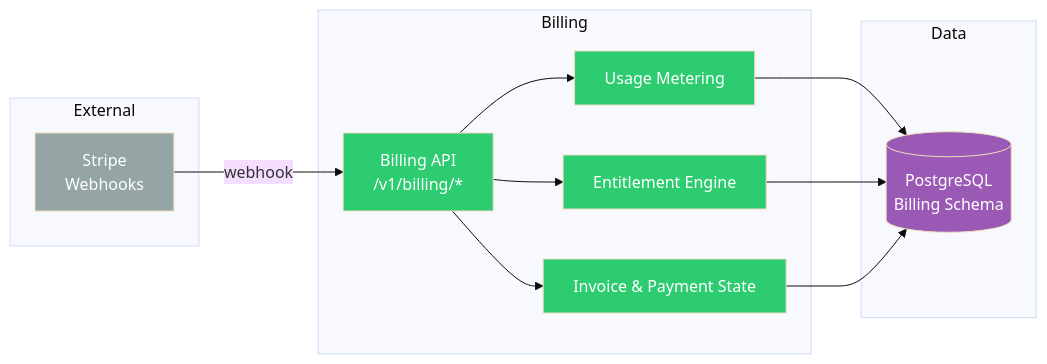
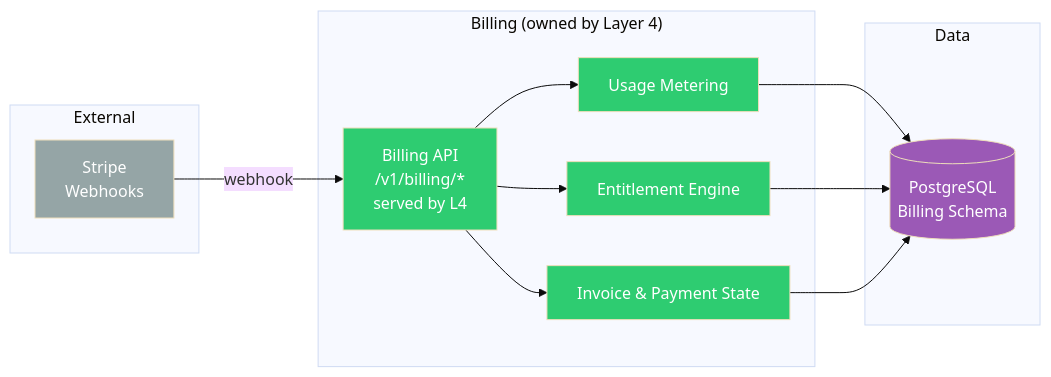
The eighth of 11 diagrams in docs/core-concepts/architecture.md (Valynt/Fabric_4L), drawn with Mermaid (base theme) before and after one commit. The commit also changed other lines of this file and 125 other files, not shown here.

First line of the commit message:
﻿fix: de-duplicate billing domain to a single owner (Layer 4)

````diff
--- a/docs/core-concepts/architecture.md
+++ b/docs/core-concepts/architecture.md
@@ -397,32 +400,32 @@
 ```mermaid
 flowchart LR
     subgraph "External"
         STRIPE[Stripe<br/>Webhooks]
     end
     
-    subgraph "Billing"
-        L7_API[Billing API<br/>/v1/billing/*]
+    subgraph "Billing (owned by Layer 4)"
+        L4_BILL[Billing API<br/>/v1/billing/*<br/>served by L4]
         METER[Usage Metering]
         ENT[Entitlement Engine]
         INV[Invoice & Payment State]
     end
     
     subgraph "Data"
         PG_BILL[(PostgreSQL<br/>Billing Schema)]
     end
     
-    STRIPE -->|webhook| L7_API
-    L7_API --> METER
-    L7_API --> ENT
-    L7_API --> INV
+    STRIPE -->|webhook| L4_BILL
+    L4_BILL --> METER
+    L4_BILL --> ENT
+    L4_BILL --> INV
     METER --> PG_BILL
     ENT --> PG_BILL
     INV --> PG_BILL
     
-    style L7_API fill:#2ecc71,color:white
+    style L4_BILL fill:#2ecc71,color:white
     style METER fill:#2ecc71,color:white
     style ENT fill:#2ecc71,color:white
     style INV fill:#2ecc71,color:white
     style PG_BILL fill:#9b59b6,color:white
     style STRIPE fill:#95a5a6,color:white
 ```
````
